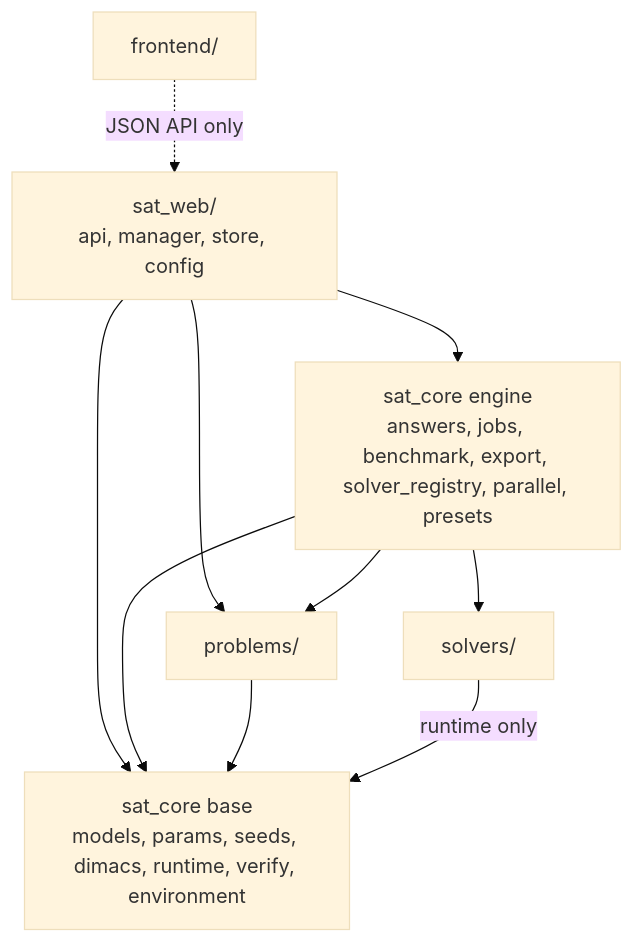
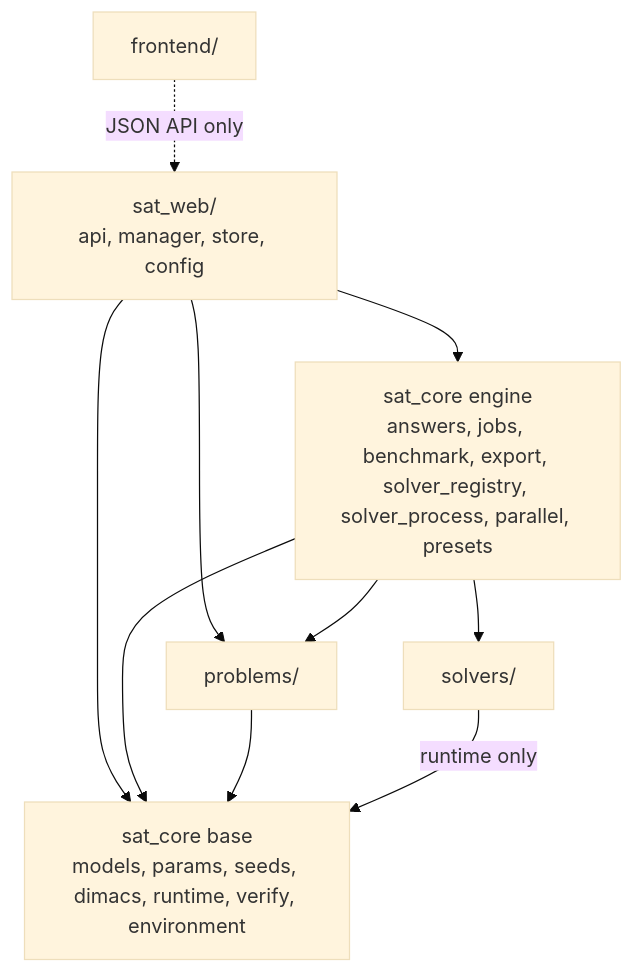
Before and after one commit to Aziyck/SATsolver: the second of 10 diagrams in docs/guide/architecture.md, drawn with Mermaid (base theme). The commit also changed 4 other files, not shown here.

````diff
--- a/docs/guide/architecture.md
+++ b/docs/guide/architecture.md
@@ -135,19 +135,19 @@
 ```mermaid
 flowchart TD
     frontend["frontend/"]
     web["sat_web/<br/>api, manager, store, config"]
-    engine["sat_core engine<br/>answers, jobs, benchmark, export, solver_registry, parallel, presets"]
+    engine["sat_core engine<br/>answers, jobs, benchmark, export, solver_registry, solver_process, parallel, presets"]
     problems["problems/"]
     solvers["solvers/"]
     base["sat_core base<br/>models, params, seeds, dimacs, runtime, verify, environment"]
 
     frontend -. "JSON API only" .-> web
     web --> engine
     web --> problems
     web --> base
     engine --> problems
     engine --> solvers
     engine --> base
     problems --> base
     solvers -- "runtime only" --> base
 ```
````
